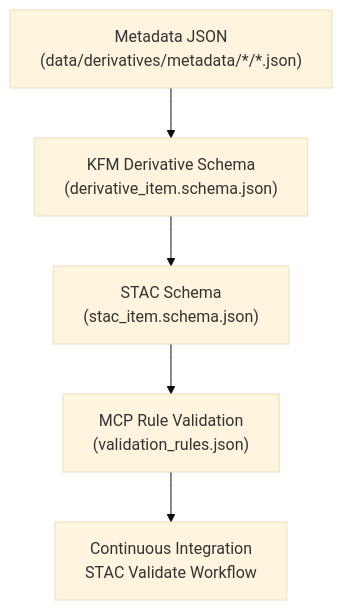
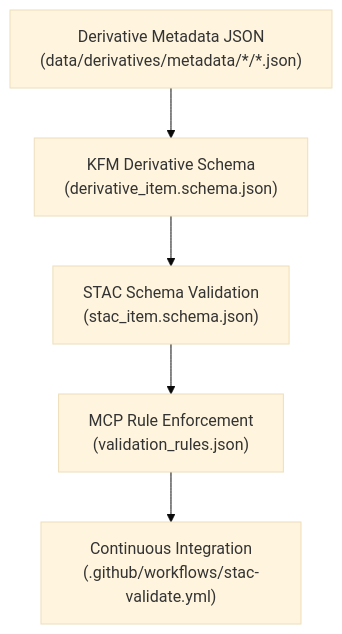
The diagram in data/derivatives/metadata/schema/README.md (bartytime4life/Kansas-Frontier-Matrix), drawn with Mermaid (base theme) before and after one commit. The commit also changed other lines of this file, not shown here.

First line of the commit message:
Revise README for Derivative Metadata Schema

````diff
--- a/data/derivatives/metadata/schema/README.md
+++ b/data/derivatives/metadata/schema/README.md
@@ -86,8 +92,8 @@
 ```mermaid
 flowchart TD
-    A["Metadata JSON<br/>(data/derivatives/metadata/*/*.json)"]
+    A["Derivative Metadata JSON<br/>(data/derivatives/metadata/*/*.json)"]
         --> B["KFM Derivative Schema<br/>(derivative_item.schema.json)"]
-    B --> C["STAC Schema<br/>(stac_item.schema.json)"]
-    C --> D["MCP Rule Validation<br/>(validation_rules.json)"]
-    D --> E["Continuous Integration<br/>STAC Validate Workflow"]
+    B --> C["STAC Schema Validation<br/>(stac_item.schema.json)"]
+    C --> D["MCP Rule Enforcement<br/>(validation_rules.json)"]
+    D --> E["Continuous Integration<br/>(.github/workflows/stac-validate.yml)"]
 ```
````
